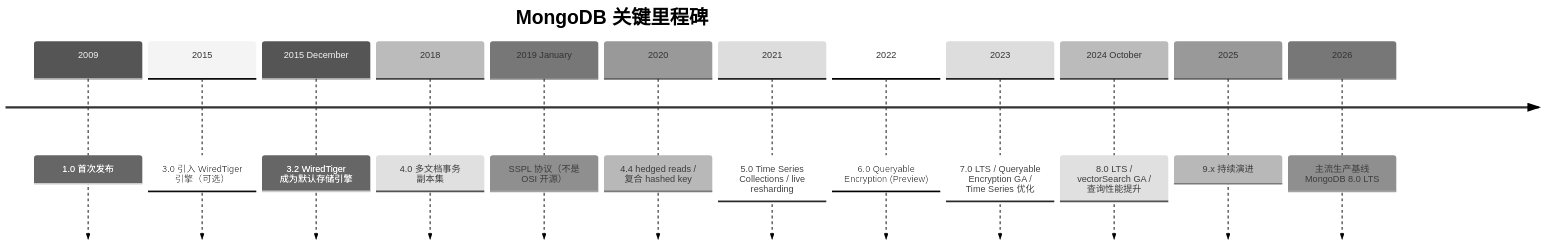
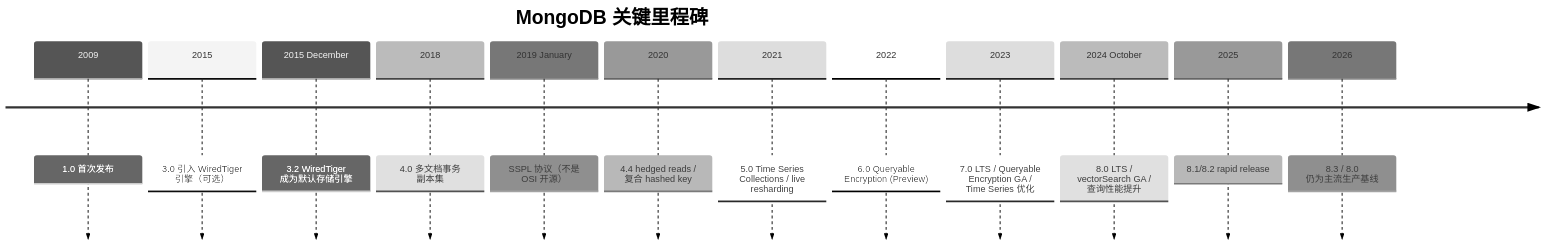
Before and after one commit to Kirby980/backend-handbook: the tenth of 11 diagrams in mongodb/ROADMAP.md, drawn with Mermaid (neutral theme). The commit also changed other lines of this file and 135 other files, not shown here.

````diff
--- a/mongodb/ROADMAP.md
+++ b/mongodb/ROADMAP.md
@@ -268,16 +268,16 @@
 ```mermaid
 timeline
     title MongoDB 关键里程碑
     2009 : 1.0 首次发布
     2015 : 3.0 引入 WiredTiger 引擎（可选）
     2015 December : 3.2 WiredTiger 成为默认存储引擎
     2018 : 4.0 多文档事务 副本集
     2019 January : SSPL 协议（不是 OSI 开源）
     2020 : 4.4 hedged reads / 复合 hashed key
     2021 : 5.0 Time Series Collections / live resharding
     2022 : 6.0 Queryable Encryption (Preview)
     2023 : 7.0 LTS / Queryable Encryption GA / Time Series 优化
     2024 October : 8.0 LTS / vectorSearch GA / 查询性能提升
-    2025 : 9.x 持续演进
-    2026 : 主流生产基线 MongoDB 8.0 LTS
+    2025 : 8.1/8.2 rapid release
+    2026 : 8.3 / 8.0 仍为主流生产基线
 ```
````
